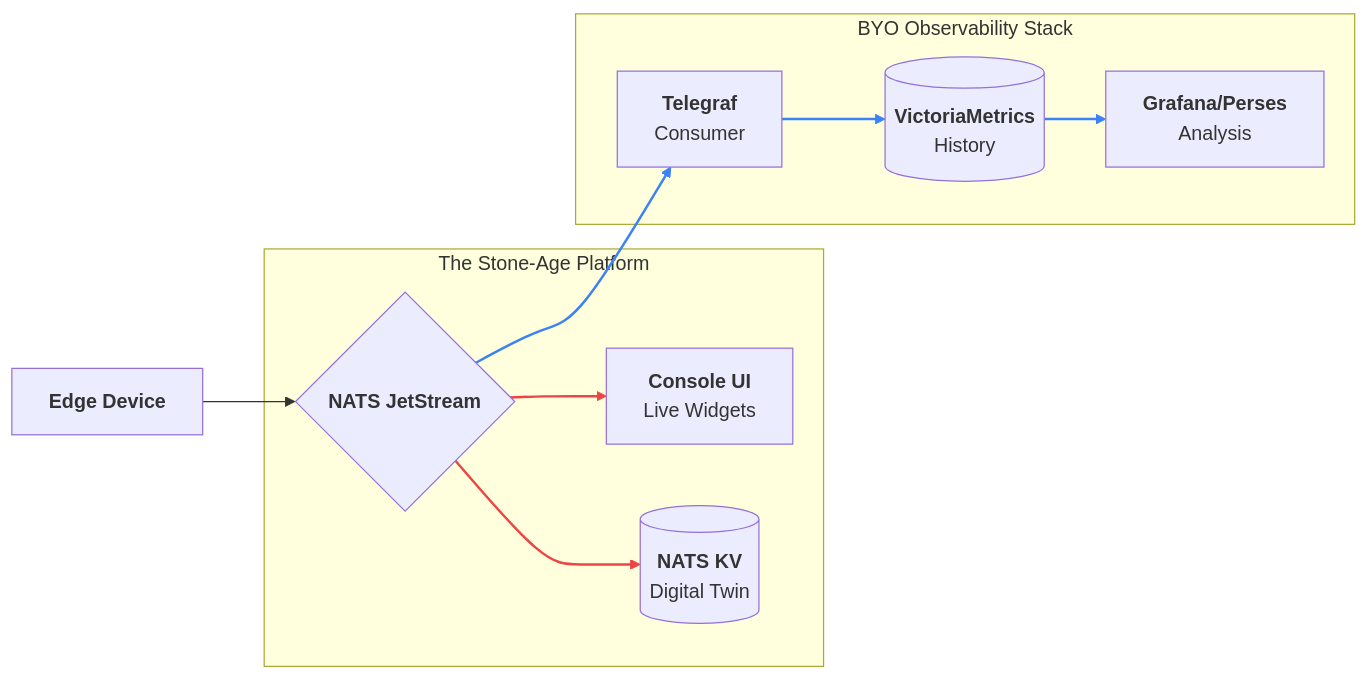
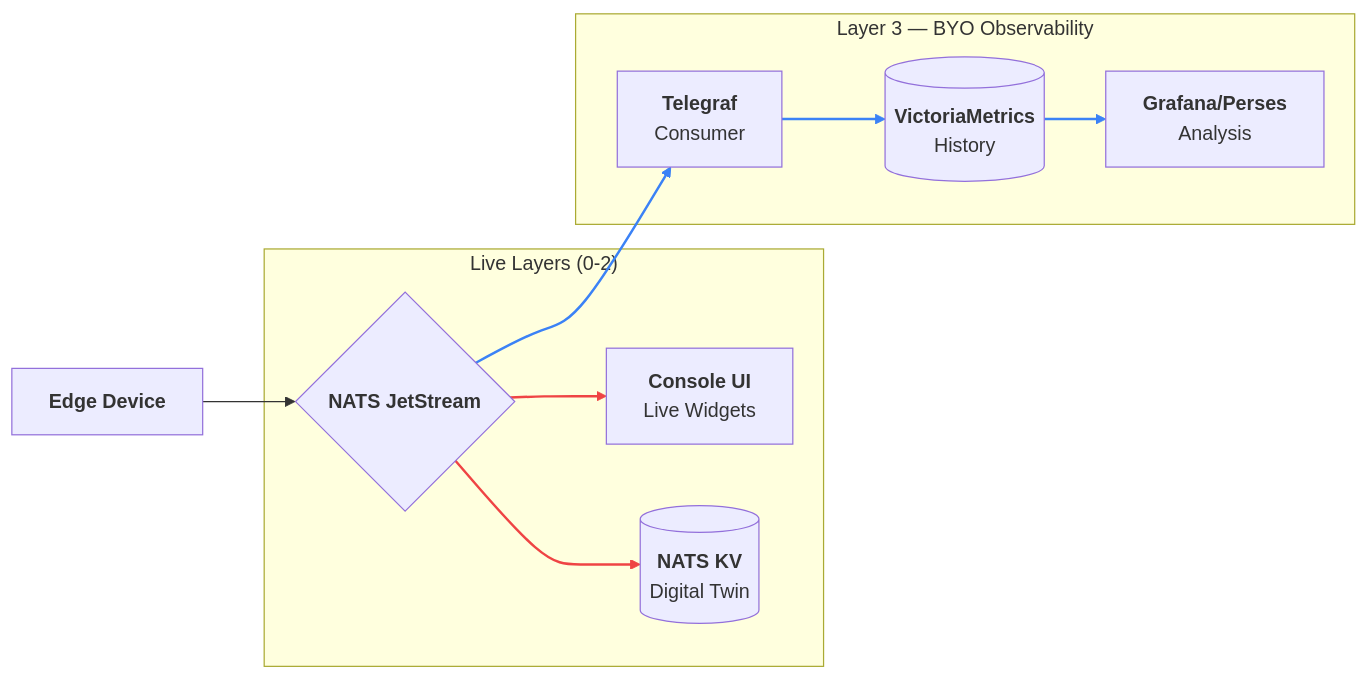
One commit to stone-age-io/platform-docs changed the diagram in docs/observability.md. Above: the diagram before and after it, drawn with Mermaid. The commit also changed other lines of this file and 11 other files, not shown here.

````diff
--- a/docs/observability.md
+++ b/docs/observability.md
@@ -65,40 +67,40 @@
 ```mermaid
 flowchart LR
     Source["<b>Edge Device</b>"] 
     
-    subgraph Platform ["The Stone-Age Platform"]
+    subgraph Platform ["Live Layers (0-2)"]
         Bus{"<b>NATS JetStream</b>"}
         UI["<b>Console UI</b><br/>Live Widgets"]
         KV[("<b>NATS KV</b><br/>Digital Twin")]
     end
 
-    subgraph BYO ["BYO Observability Stack"]
+    subgraph BYO ["Layer 3 — BYO Observability"]
         Telegraf["<b>Telegraf</b><br/>Consumer"]
         TSDB[("<b>VictoriaMetrics</b><br/>History")]
         Grafana["<b>Grafana/Perses</b><br/>Analysis"]
     end
 
     %% Flow
     Source --> Bus
     
     %% Hot Path
     Bus --> UI
     Bus --> KV
     
     %% Cold Path
     Bus --> Telegraf
     Telegraf --> TSDB
     TSDB --> Grafana
 
     class Bus,UI,KV platform;
     class Telegraf,TSDB,Grafana byo;
     
     %% Hot Path Styling (Red)
     linkStyle 1 stroke:#ef4444,stroke-width:2px;
     linkStyle 2 stroke:#ef4444,stroke-width:2px;
     
     %% Cold Path Styling (Blue)
     linkStyle 3 stroke:#3b82f6,stroke-width:2px;
     linkStyle 4 stroke:#3b82f6,stroke-width:2px;
     linkStyle 5 stroke:#3b82f6,stroke-width:2px;
 ```
````
